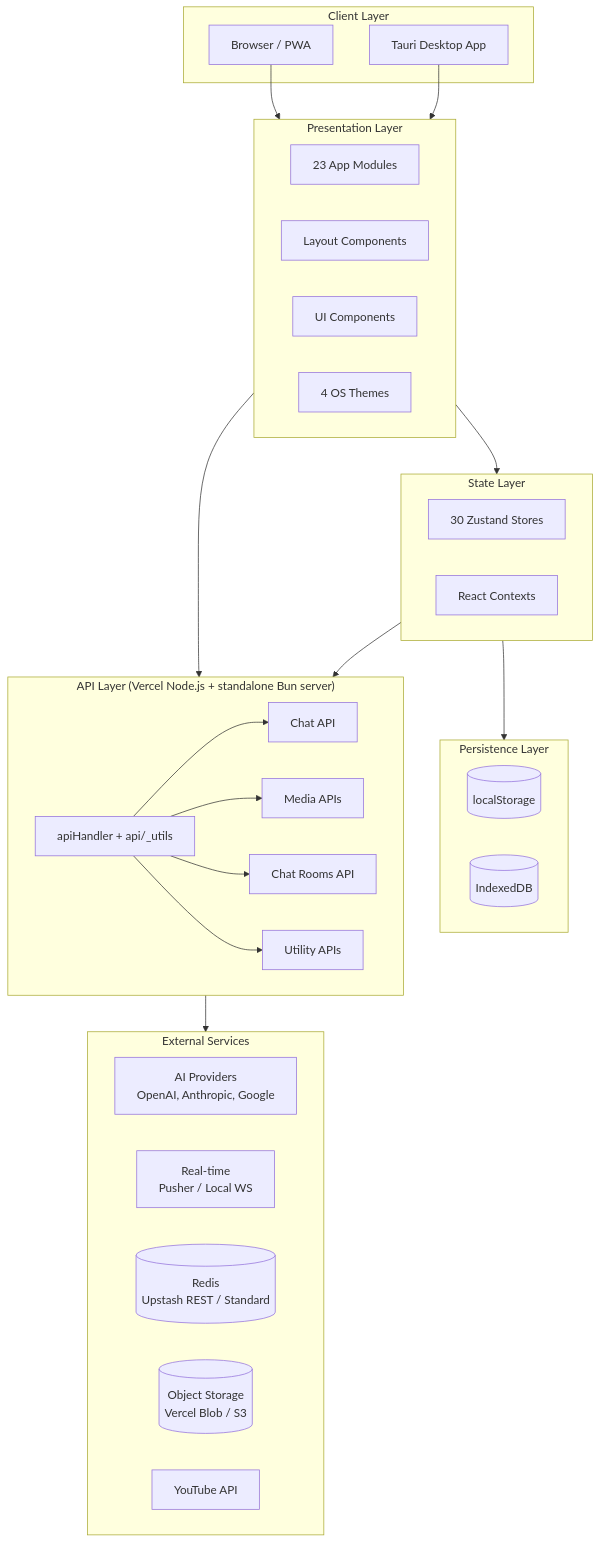
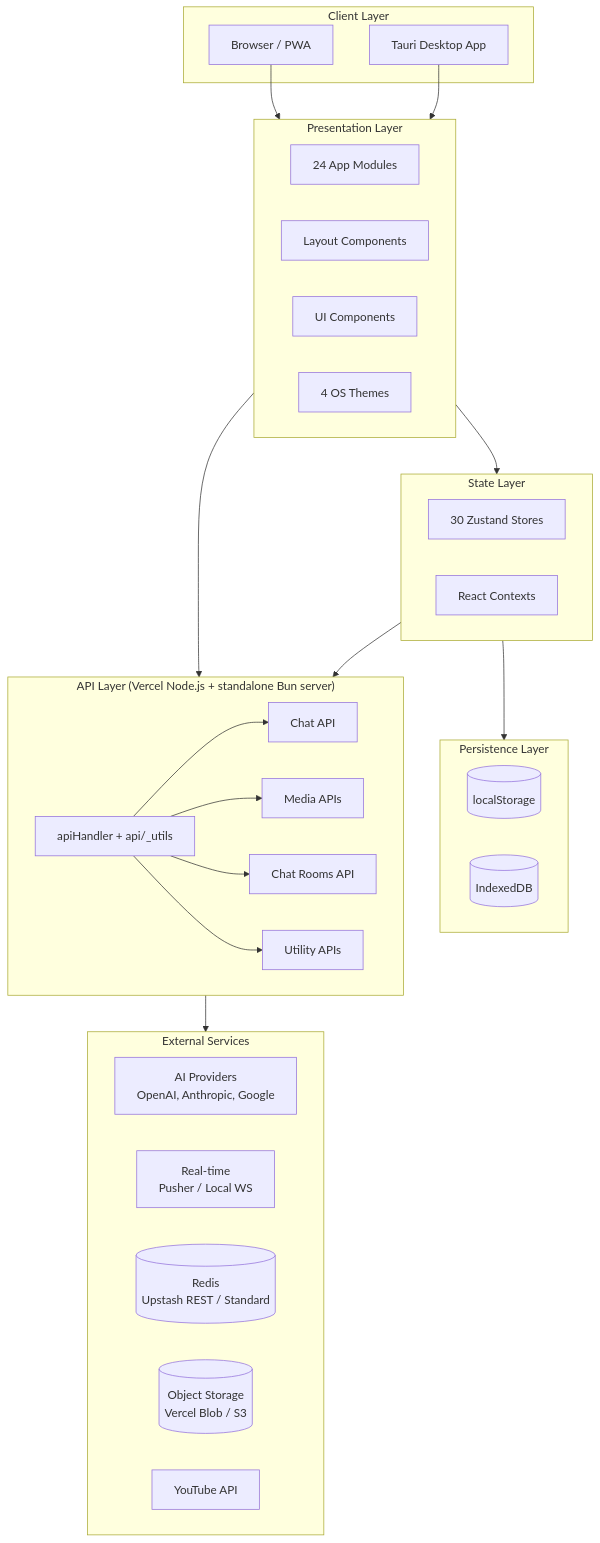
The first of 6 diagrams in docs/1.1-architecture.md (ryokun6/ryos), drawn with Mermaid before and after one commit. The commit also changed 59 other files, not shown here.

````diff
--- a/docs/1.1-architecture.md
+++ b/docs/1.1-architecture.md
@@ -7,52 +7,52 @@
 ```mermaid
 graph TB
     subgraph Client["Client Layer"]
         Browser[Browser / PWA]
         Desktop[Tauri Desktop App]
     end
     
     subgraph Presentation["Presentation Layer"]
-        Apps[23 App Modules]
+        Apps[24 App Modules]
         Layout[Layout Components]
         UI[UI Components]
         Themes[4 OS Themes]
     end
     
     subgraph State["State Layer"]
         Zustand[30 Zustand Stores]
         Contexts[React Contexts]
     end
     
     subgraph Persistence["Persistence Layer"]
         LocalStorage[(localStorage)]
         IndexedDB[(IndexedDB)]
     end
     
     subgraph API["API Layer (Vercel Node.js + standalone Bun server)"]
         Shared[apiHandler + api/_utils]
         Chat[Chat API]
         Media[Media APIs]
         Rooms[Chat Rooms API]
         Utility[Utility APIs]
     end
     
     subgraph External["External Services"]
         AI[AI Providers<br/>OpenAI, Anthropic, Google]
         Realtime[Real-time<br/>Pusher / Local WS]
         Redis[(Redis<br/>Upstash REST / Standard)]
         ObjectStorage[(Object Storage<br/>Vercel Blob / S3)]
         YouTube[YouTube API]
     end
     
     Browser --> Presentation
     Desktop --> Presentation
     Presentation --> State
     State --> Persistence
     Presentation --> API
     Shared --> Chat
     Shared --> Media
     Shared --> Rooms
     Shared --> Utility
     API --> External
     State --> API
 ```
````
